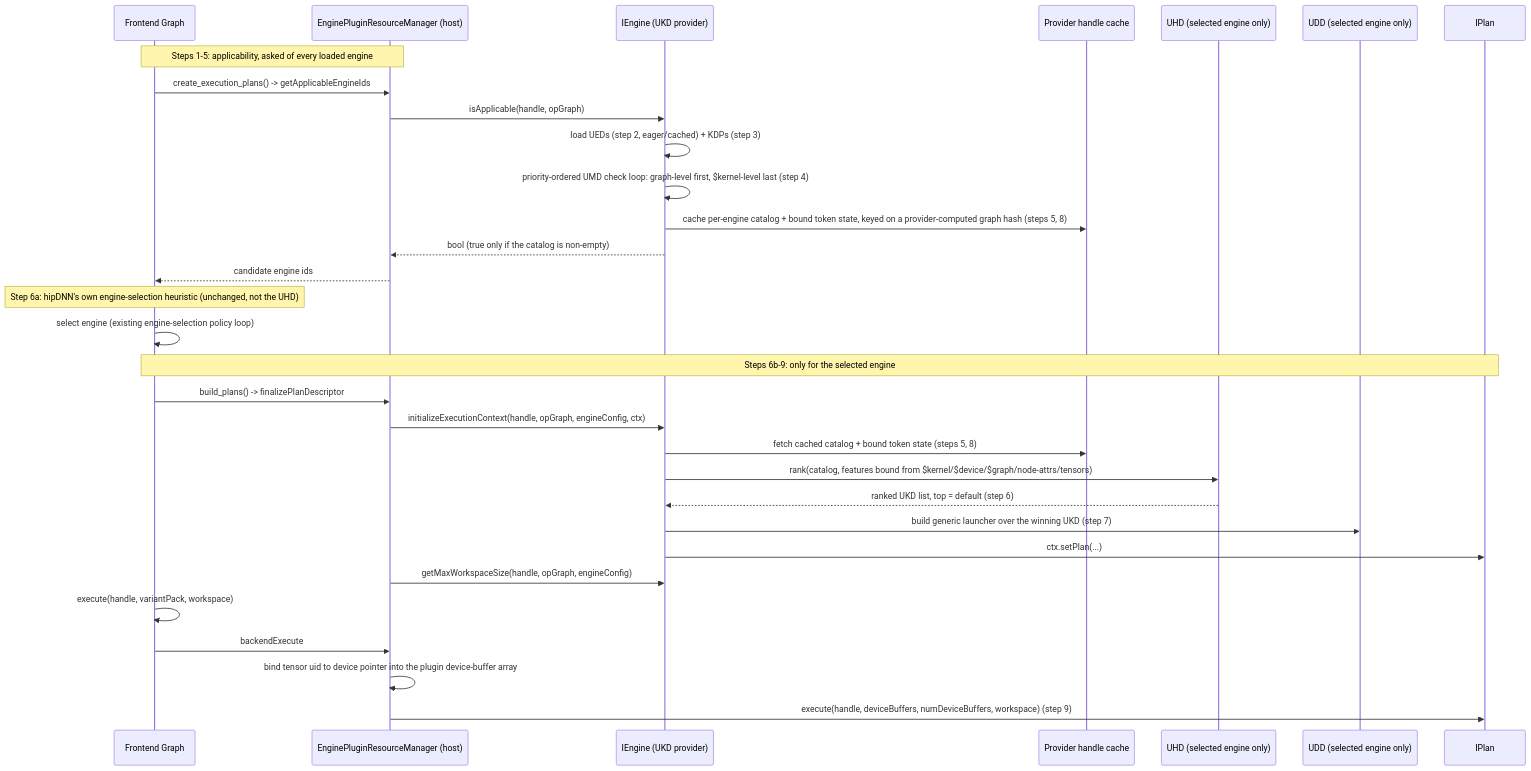
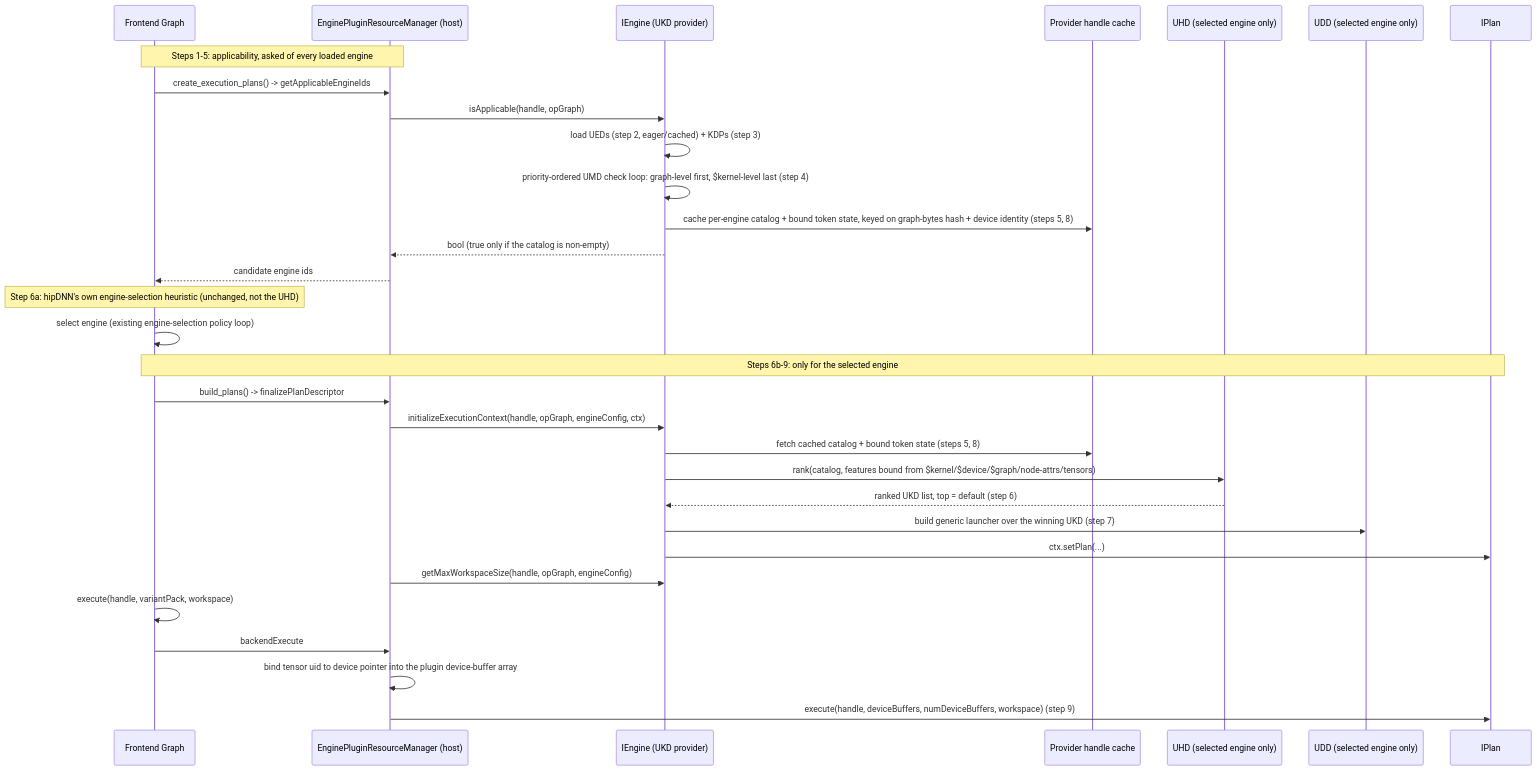
The diagram in projects/hipdnn/docs/rfcs/0017_UniversalKernelDescriptor.md (ROCm/rocm-libraries), drawn with Mermaid before and after one commit. The commit also changed other lines of this file, not shown here.

````diff
--- a/projects/hipdnn/docs/rfcs/0017_UniversalKernelDescriptor.md
+++ b/projects/hipdnn/docs/rfcs/0017_UniversalKernelDescriptor.md
@@ -1007,36 +1023,36 @@
 ```mermaid
 sequenceDiagram
     participant FE as Frontend Graph
     participant ERM as EnginePluginResourceManager (host)
     participant Eng as IEngine (UKD provider)
     participant Cache as Provider handle cache
     participant UHD as UHD (selected engine only)
     participant UDD as UDD (selected engine only)
     participant Plan as IPlan
 
     Note over FE,ERM: Steps 1-5: applicability, asked of every loaded engine
     FE->>ERM: create_execution_plans() -> getApplicableEngineIds
     ERM->>Eng: isApplicable(handle, opGraph)
     Eng->>Eng: load UEDs (step 2, eager/cached) + KDPs (step 3)
     Eng->>Eng: priority-ordered UMD check loop: graph-level first, $kernel-level last (step 4)
-    Eng->>Cache: cache per-engine catalog + bound token state, keyed on a provider-computed graph hash (steps 5, 8)
+    Eng->>Cache: cache per-engine catalog + bound token state, keyed on graph-bytes hash + device identity (steps 5, 8)
     Eng-->>ERM: bool (true only if the catalog is non-empty)
     ERM-->>FE: candidate engine ids
 
     Note over FE: Step 6a: hipDNN's own engine-selection heuristic (unchanged, not the UHD)
     FE->>FE: select engine (existing engine-selection policy loop)
 
     Note over FE,Plan: Steps 6b-9: only for the selected engine
     FE->>ERM: build_plans() -> finalizePlanDescriptor
     ERM->>Eng: initializeExecutionContext(handle, opGraph, engineConfig, ctx)
     Eng->>Cache: fetch cached catalog + bound token state (steps 5, 8)
     Eng->>UHD: rank(catalog, features bound from $kernel/$device/$graph/node-attrs/tensors)
     UHD-->>Eng: ranked UKD list, top = default (step 6)
     Eng->>UDD: build generic launcher over the winning UKD (step 7)
     Eng->>Plan: ctx.setPlan(...)
     ERM->>Eng: getMaxWorkspaceSize(handle, opGraph, engineConfig)
     FE->>FE: execute(handle, variantPack, workspace)
     FE->>ERM: backendExecute
     ERM->>ERM: bind tensor uid to device pointer into the plugin device-buffer array
     ERM->>Plan: execute(handle, deviceBuffers, numDeviceBuffers, workspace)  (step 9)
 ```
````
